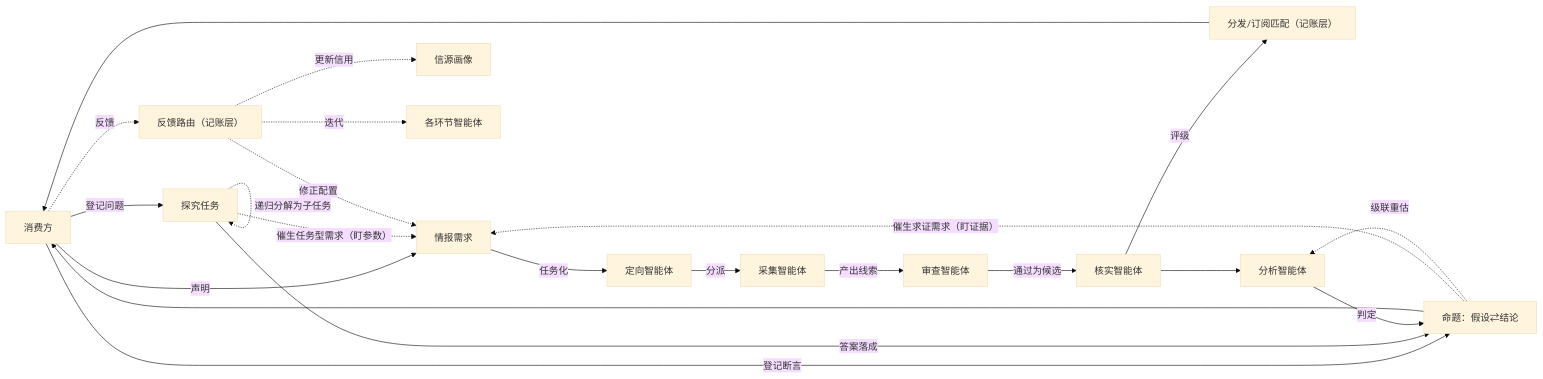
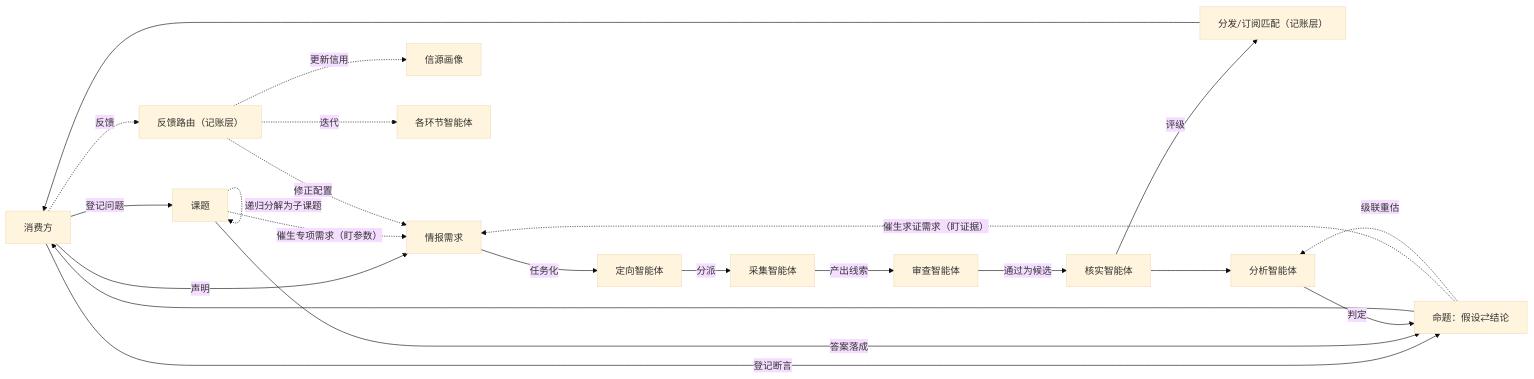
One commit to leoricmaster/iih changed the first of 6 diagrams in backlog/docs/doc-02 - 领域模型-Domain-Model.md. Above: the diagram before and after it, drawn with Mermaid (base theme). The commit also changed other lines of this file and 6 other files, not shown here.

````diff
--- a/backlog/docs/doc-02 - 领域模型-Domain-Model.md
+++ b/backlog/docs/doc-02 - 领域模型-Domain-Model.md
@@ -20,24 +20,24 @@
 ```mermaid
 flowchart LR
     C[消费方] -->|声明| R[情报需求]
-    C -->|登记问题| QT[探究任务]
+    C -->|登记问题| QT[课题]
     C -->|登记断言| CL[命题：假设⇄结论]
     QT -->|答案落成| CL
     R -->|任务化| D[定向智能体]
     D -->|分派| CO[采集智能体]
     CO -->|产出线索| RV[审查智能体]
     RV -->|通过为候选| VF[核实智能体]
     VF -->|评级| DS[分发/订阅匹配（记账层）]
     DS --> C
     VF --> AN[分析智能体]
     AN -->|判定| CL
     CL --> C
-    QT -.->|催生任务型需求（盯参数）| R
+    QT -.->|催生专项需求（盯参数）| R
     CL -.->|催生求证需求（盯证据）| R
     CL -.->|级联重估| AN
-    QT -.->|递归分解为子任务| QT
+    QT -.->|递归分解为子课题| QT
     C -.->|反馈| FB[反馈路由（记账层）]
     FB -.->|更新信用| SP[信源画像]
     FB -.->|修正配置| R
     FB -.->|迭代| AG[各环节智能体]
 ```
````
